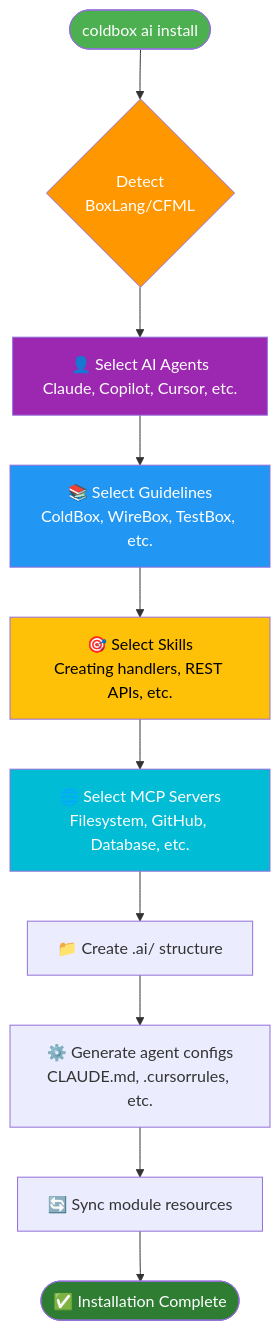
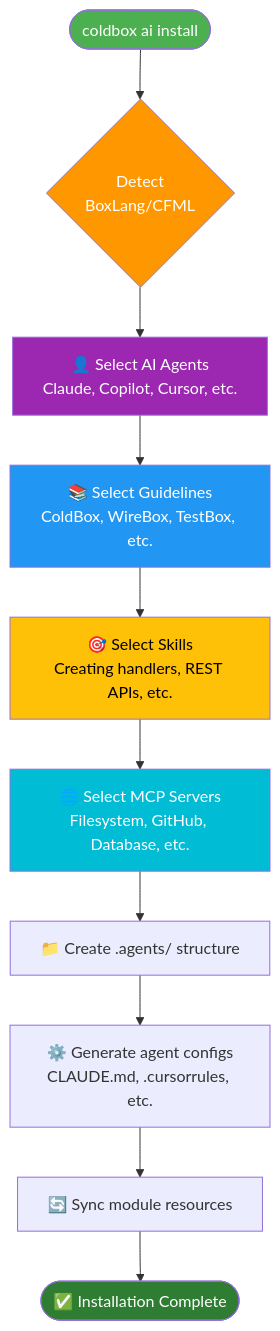
Before and after one commit to ColdBox/coldbox-cli: the second of 8 diagrams in AI_INTEGRATION.md, drawn with Mermaid. The commit also changed other lines of this file and 15 other files, not shown here.

````diff
--- a/AI_INTEGRATION.md
+++ b/AI_INTEGRATION.md
@@ -125,21 +125,21 @@
 ```mermaid
 flowchart TD
     Start(["coldbox ai install"])
     Start --> Detect{"Detect<br/>BoxLang/CFML"}
     Detect --> SelectAgents["👤 Select AI Agents<br/>Claude, Copilot, Cursor, etc."]
     SelectAgents --> SelectGuidelines["📚 Select Guidelines<br/>ColdBox, WireBox, TestBox, etc."]
     SelectGuidelines --> SelectSkills["🎯 Select Skills<br/>Creating handlers, REST APIs, etc."]
     SelectSkills --> SelectMCP["🌐 Select MCP Servers<br/>Filesystem, GitHub, Database, etc."]
-    SelectMCP --> CreateStructure["📁 Create .ai/ structure"]
+    SelectMCP --> CreateStructure["📁 Create .agents/ structure"]
     CreateStructure --> GenerateConfigs["⚙️ Generate agent configs<br/>CLAUDE.md, .cursorrules, etc."]
     GenerateConfigs --> SyncModules["🔄 Sync module resources"]
     SyncModules --> Complete(["✅ Installation Complete"])
 
     style Start fill:#4caf50,color:#fff
     style Complete fill:#2e7d32,color:#fff
     style Detect fill:#ff9800,color:#fff
     style SelectAgents fill:#9c27b0,color:#fff
     style SelectGuidelines fill:#2196f3,color:#fff
     style SelectSkills fill:#ffc107,color:#000
     style SelectMCP fill:#00bcd4,color:#fff
 ```
````
